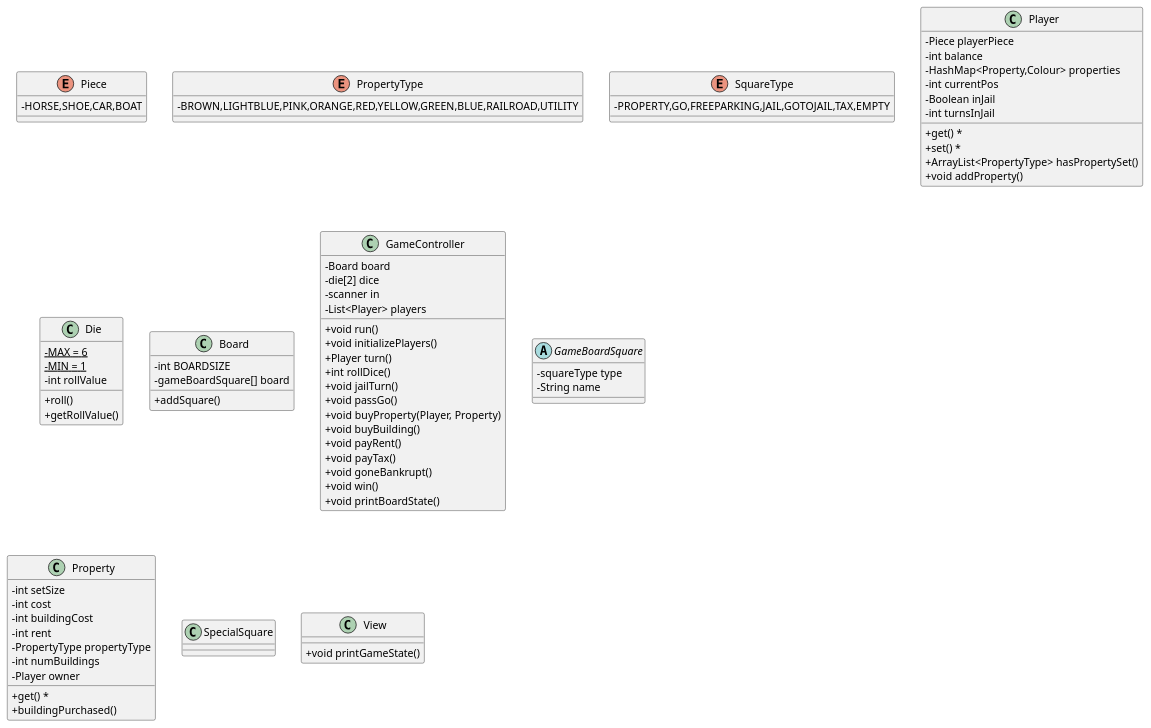
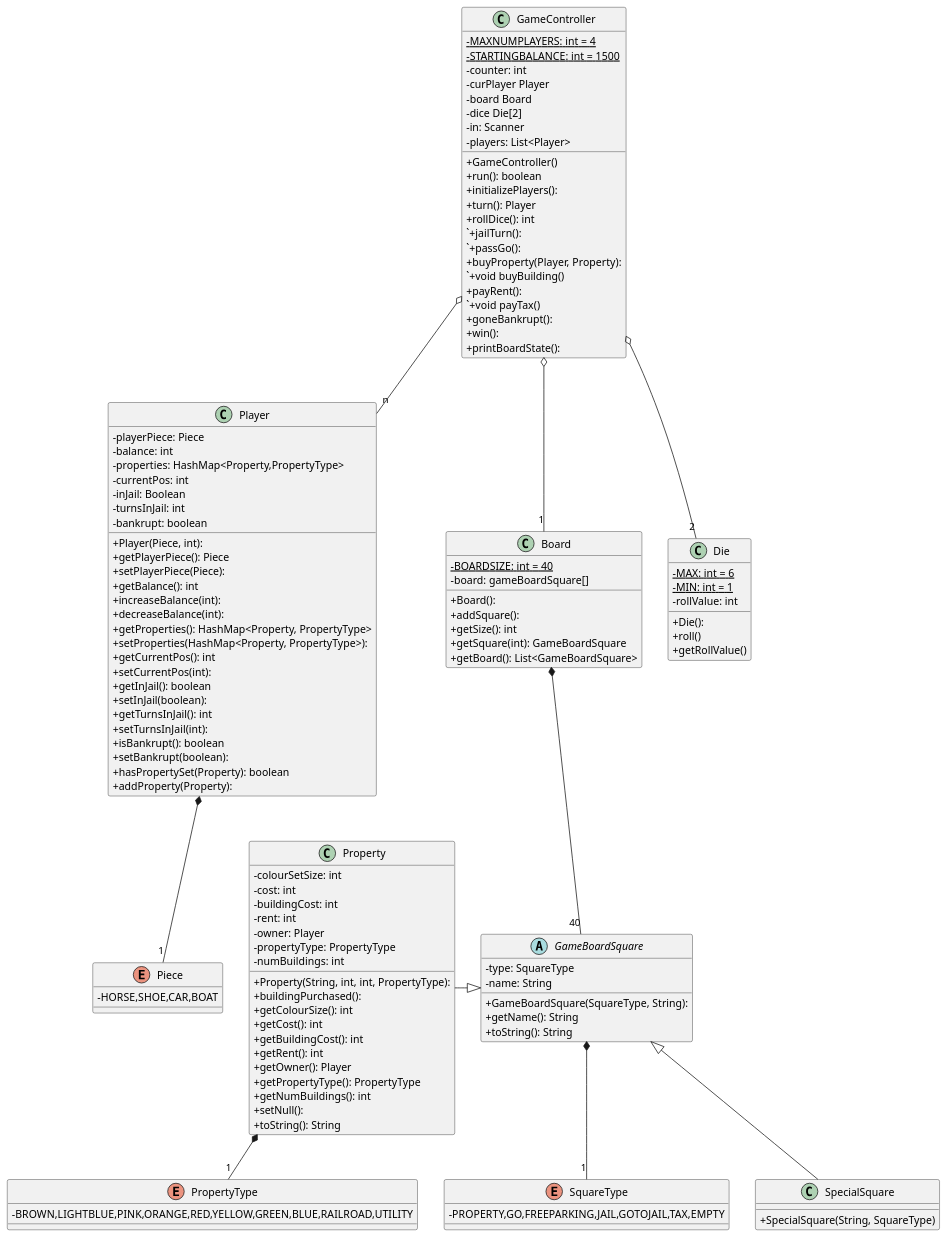
One commit to Everfeather/monopoly_12 changed the diagram in src/UML.puml. Above: the diagram before and after it, drawn with PlantUML. The commit also changed 2 other files, not shown here.

Commit message:
UML Diagram Finished
UML Diagram updated and completed

```diff
--- a/src/UML.puml
+++ b/src/UML.puml
@@ -1,101 +1,152 @@
 @startuml
 
 'https://plantuml.com/class-diagram
 skinparam classAttributeIconSize 0
 
 
-'Property -|> GameBoardSquare
-'Property --> PropertyType
+Property -|> GameBoardSquare
+Property *-- "1" PropertyType
 
-'Player -> Piece
+Player *-- "1" Piece
 
-'SpecialSquare --up|> GameBoardSquare
+GameController o-- "1" Board
+GameController o-- "n" Player
+GameController o-- "2" Die
 
-'GameBoardSquare -> SquareType
+Board *-- "40" GameBoardSquare
+
+SpecialSquare --up|> GameBoardSquare
+
+GameBoardSquare *-- "1" SquareType
 
 enum Piece{
     -HORSE,SHOE,CAR,BOAT
 }
 
 enum PropertyType{
     -BROWN,LIGHTBLUE,PINK,ORANGE,RED,YELLOW,GREEN,BLUE,RAILROAD,UTILITY
 }
 
 enum SquareType{
     -PROPERTY,GO,FREEPARKING,JAIL,GOTOJAIL,TAX,EMPTY
 }
 
 class Player{
-    -Piece playerPiece
-    -int balance
-    -HashMap<Property,Colour> properties
-    -int currentPos
-    -Boolean inJail
-    -int turnsInJail
-    + get() *
-    + set() *
-    + ArrayList<PropertyType> hasPropertySet()
-    + void addProperty()
+    - playerPiece: Piece
+    - balance: int
+    - properties: HashMap<Property,PropertyType>
+    - currentPos: int
+    - inJail: Boolean
+    - turnsInJail: int
+    - bankrupt: boolean
+
+    + Player(Piece, int):
+    + getPlayerPiece(): Piece
+    + setPlayerPiece(Piece):
+    + getBalance(): int
+    + increaseBalance(int):
+    + decreaseBalance(int):
+    + getProperties(): HashMap<Property, PropertyType>
+    + setProperties(HashMap<Property, PropertyType>):
+    + getCurrentPos(): int
+    + setCurrentPos(int):
+    + getInJail(): boolean
+    + setInJail(boolean):
+    + getTurnsInJail(): int
+    + setTurnsInJail(int):
+    + isBankrupt(): boolean
+    + setBankrupt(boolean):
+    + hasPropertySet(Property): boolean
+    + addProperty(Property):
 }
 
 class Die{
-    - {static} MAX = 6
-    - {static} MIN = 1
-    -int rollValue
+    - {static} MAX: int = 6
+    - {static} MIN: int = 1
+    -rollValue: int
+    +Die():
     +roll()
     +getRollValue()
 }
 
 class Board{
-    - int BOARDSIZE
-    - gameBoardSquare[] board
-    + addSquare()
+    - {static} BOARDSIZE: int = 40
+    - board: gameBoardSquare[]
+
+    + Board():
+    + addSquare():
+    + getSize(): int
+    + getSquare(int): GameBoardSquare
+    + getBoard(): List<GameBoardSquare>
 }
 
 class GameController{
-    -Board board
-    -die[2] dice
-    -scanner in
-    -List<Player> players
-    +void run()
-    +void initializePlayers()
-    +Player turn()
-    +int rollDice()
-    +void jailTurn()
-    +void passGo()
-    +void buyProperty(Player, Property)
-    +void buyBuilding()
-    +void payRent()
-    +void payTax()
-    +void goneBankrupt()
-    +void win()
-    +void printBoardState()
+    - {static} MAXNUMPLAYERS: int = 4
+    - {static} STARTINGBALANCE: int = 1500
+    - counter: int
+    - curPlayer Player
+    -board Board
+    -dice Die[2]
+    -in: Scanner
+    -players: List<Player>
+
+    +GameController()
+    +run(): boolean
+    +initializePlayers():
+    +turn(): Player
+    +rollDice(): int
+    `+jailTurn():
+    `+passGo():
+    +buyProperty(Player, Property):
+    `+void buyBuilding()
+    +payRent():
+    `+void payTax()
+    +goneBankrupt():
+    +win():
+    +printBoardState():
 
 }
 
 abstract class GameBoardSquare{
-    -squareType type
-    -String name
+    -type: SquareType
+    -name: String
+
+    + GameBoardSquare(SquareType, String):
+    + getName(): String
+    + toString(): String
+
 }
 
 class Property {
-    -int setSize
-    -int cost
-    -int buildingCost
-    -int rent
-    -PropertyType propertyType
-    -int numBuildings
-    -Player owner
-    +get() *
-    +buildingPurchased()
+    - colourSetSize: int
+    - cost: int
+    - buildingCost: int
+    - rent: int
+    - owner: Player
+    - propertyType: PropertyType
+    - numBuildings: int
+
+    + Property(String, int, int, PropertyType):
+    + buildingPurchased():
+    + getColourSize(): int
+    + getCost(): int
+    + getBuildingCost(): int
+    + getRent(): int
+    + getOwner(): Player
+    + getPropertyType(): PropertyType
+    + getNumBuildings(): int
+    + setNull():
+    + toString(): String
+
 
 }
 
 class SpecialSquare{
+    + SpecialSquare(String, SquareType)
 
 }
 
-class View{
-    +void printGameState()
-}
+'class View{
+'    +void printGameState()
+'}
 @enduml
```
